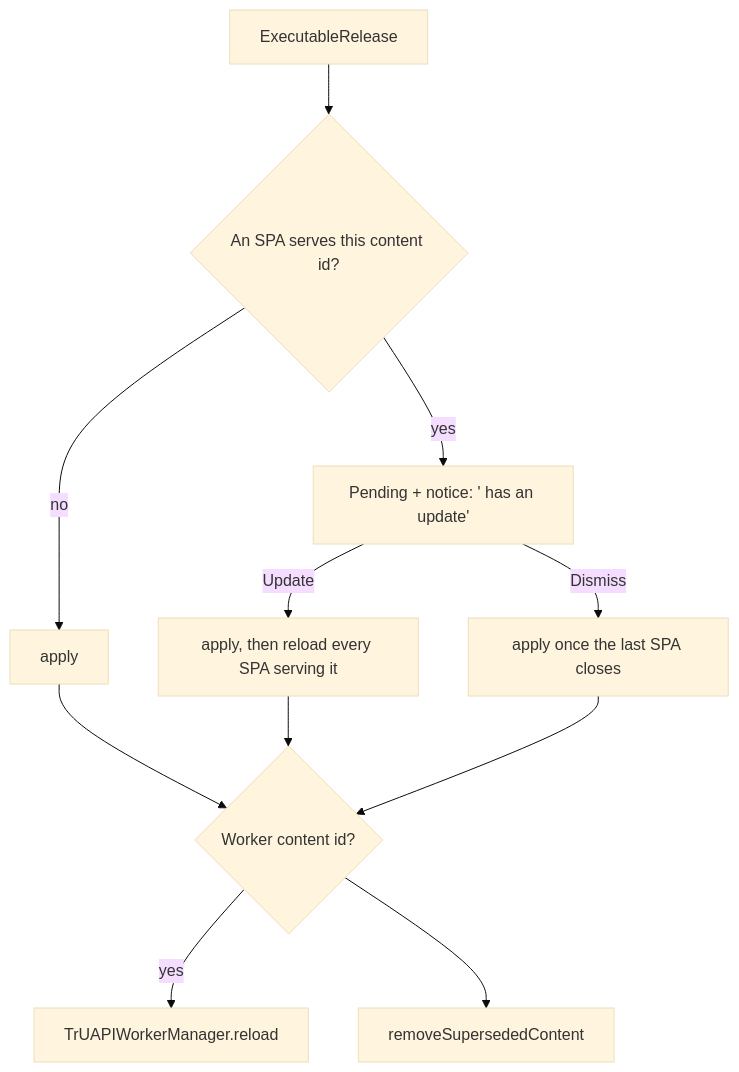
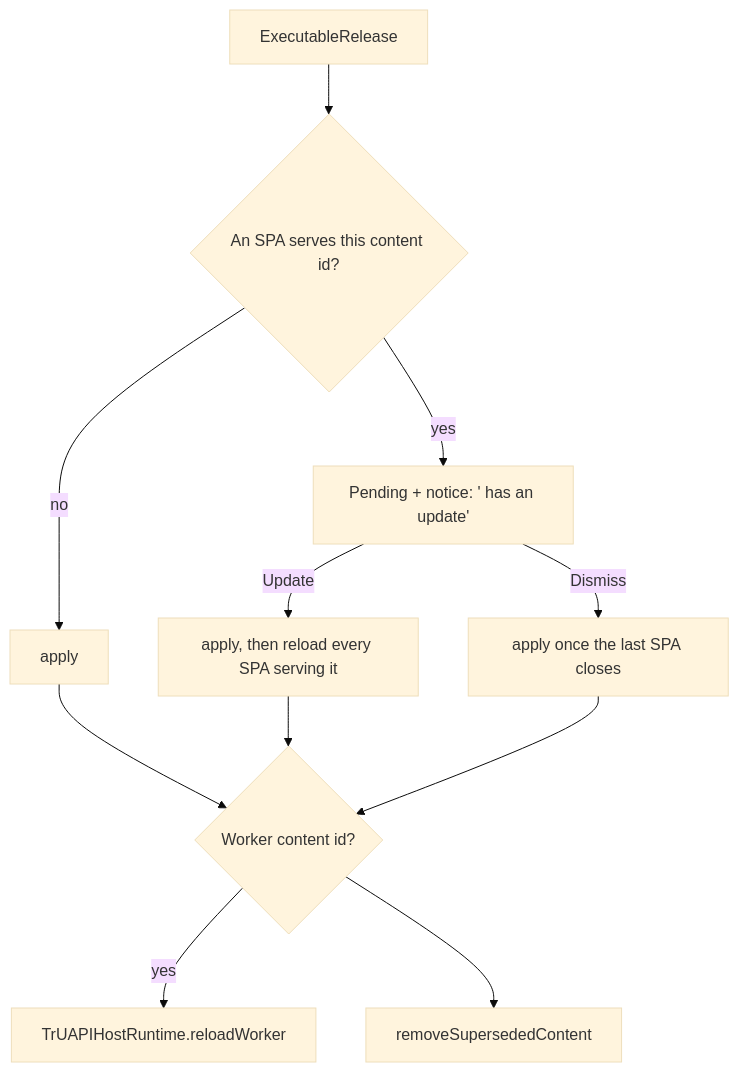
The diagram in hosts/ios/.claude/docs/architecture/product-loading.md (paritytech/trinity-user-agents), drawn with Mermaid (base theme) before and after one commit. The commit also changed other lines of this file and 23 other files, not shown here.

````diff
--- a/hosts/ios/.claude/docs/architecture/product-loading.md
+++ b/hosts/ios/.claude/docs/architecture/product-loading.md
@@ -85,13 +85,13 @@
 ```mermaid
 flowchart TD
   R[ExecutableRelease] --> P{An SPA serves this content id?}
   P -- no --> A[apply]
   P -- yes --> N[Pending + notice: '<Product> has an update']
   N -- Update --> U[apply, then reload every SPA serving it]
   N -- Dismiss --> D[apply once the last SPA closes]
   A --> W{Worker content id?}
   U --> W
   D --> W
-  W -- yes --> T[TrUAPIWorkerManager.reload]
+  W -- yes --> T[TrUAPIHostRuntime.reloadWorker]
   W --> G[removeSupersededContent]
 ```
````
